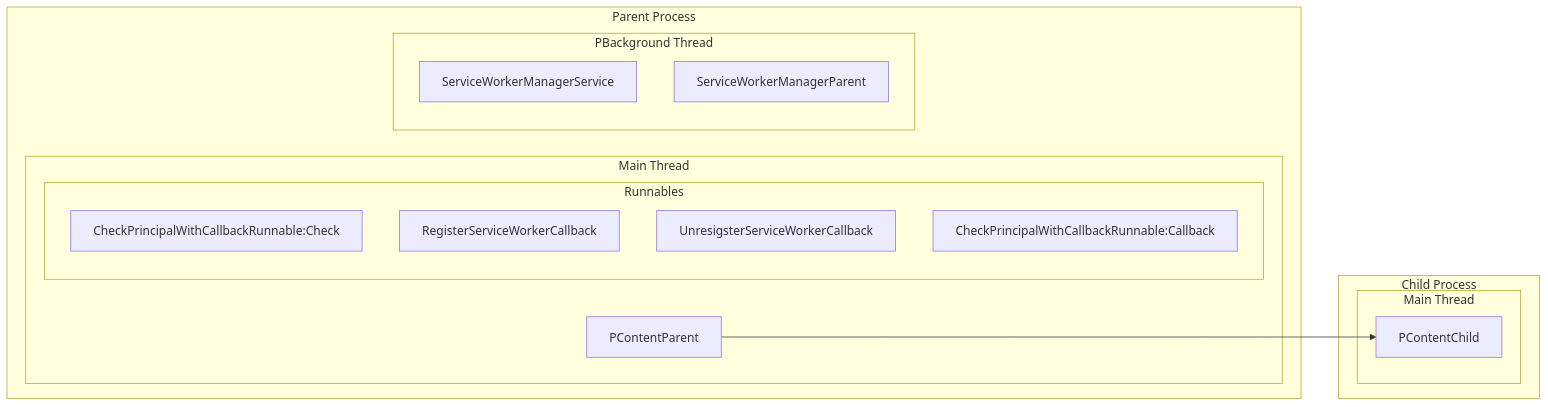
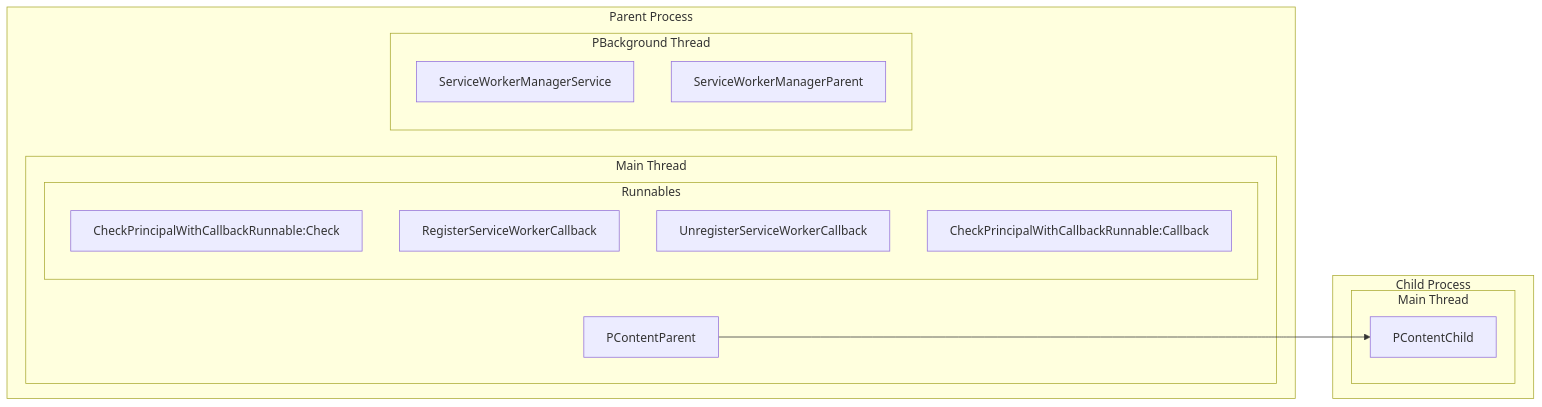
One commit to shawnjohnjr/asuth-gecko-notes changed the diagram in service-workers/fauxdoc/sw-inter-now.mermaid. Above: the diagram before and after it, drawn with Mermaid. The commit also changed 6 other files, not shown here.

```diff
--- a/service-workers/fauxdoc/sw-inter-now.mermaid
+++ b/service-workers/fauxdoc/sw-inter-now.mermaid
@@ -1,26 +1,26 @@
 graph LR
   classDef thread fill:#ffe
   subgraph Parent Process
     subgraph Main Thread
       PContentParent
       subgraph Runnables
         CheckPrincipalWithCallbackRunnable:Check
       end
     end
     subgraph PBackground Thread
       ServiceWorkerManagerService
       ServiceWorkerManagerParent
       subgraph Runnables
         RegisterServiceWorkerCallback
-        UnresigsterServiceWorkerCallback
+        UnregisterServiceWorkerCallback
         CheckPrincipalWithCallbackRunnable:Callback
       end
     end
   end
   subgraph Child Process
     subgraph Main Thread
       PContentChild
     end
   end
   PContentParent --> PContentChild
   %% ServiceWorkerManagerService --- ServiceWorkerManagerParent
```
